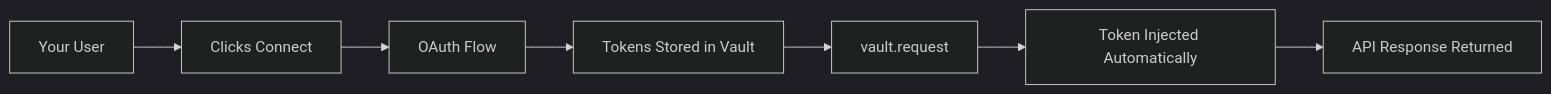
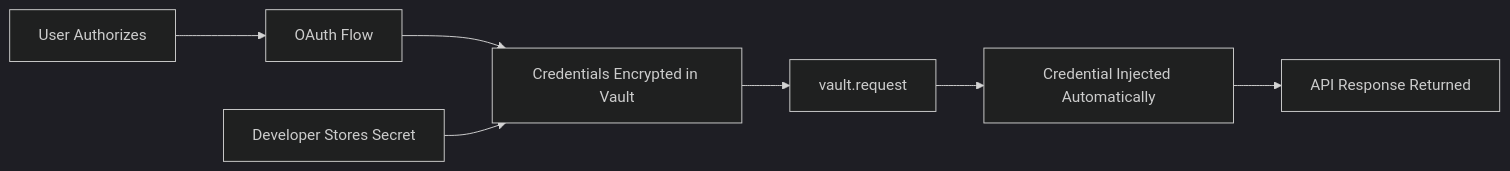
One commit to AlterAIDev/docs changed the first of 2 diagrams in reference/architecture.mdx. Above: the diagram before and after it, drawn with Mermaid (dark theme). The commit also changed other lines of this file and 17 other files, not shown here.

````diff
--- a/reference/architecture.mdx
+++ b/reference/architecture.mdx
@@ -12,9 +17,9 @@
 ```mermaid
 graph LR
-    A[Your User] --> B[Clicks Connect]
-    B --> C[OAuth Flow]
-    C --> D[Tokens Stored in Vault]
-    D --> E[vault.request]
-    E --> F[Token Injected Automatically]
-    F --> G[API Response Returned]
+    A1[User Authorizes] --> B1[OAuth Flow]
+    B1 --> C[Credentials Encrypted in Vault]
+    A2[Developer Stores Secret] --> C
+    C --> D[vault.request]
+    D --> E[Credential Injected Automatically]
+    E --> F[API Response Returned]
 ```
````
